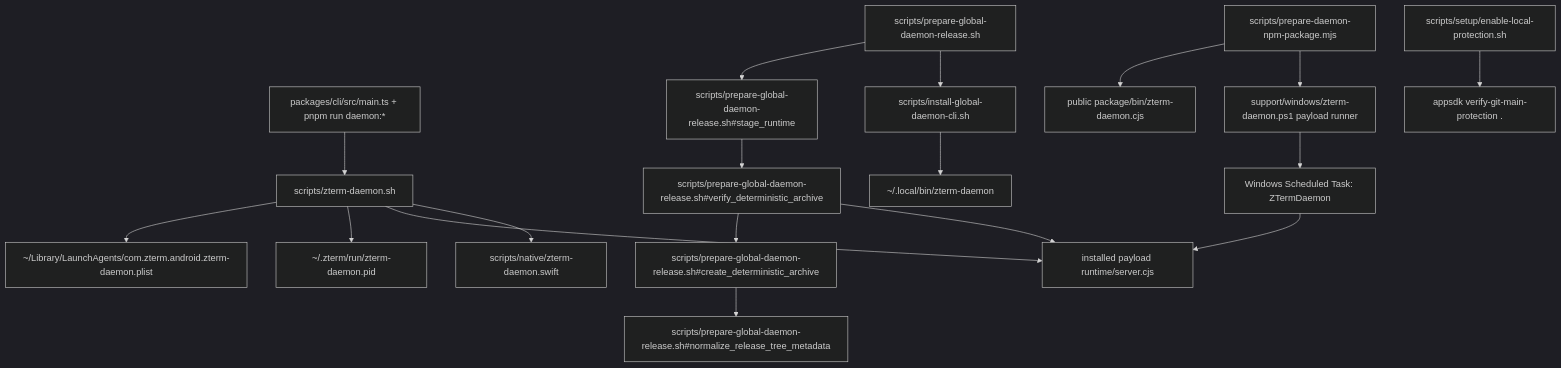
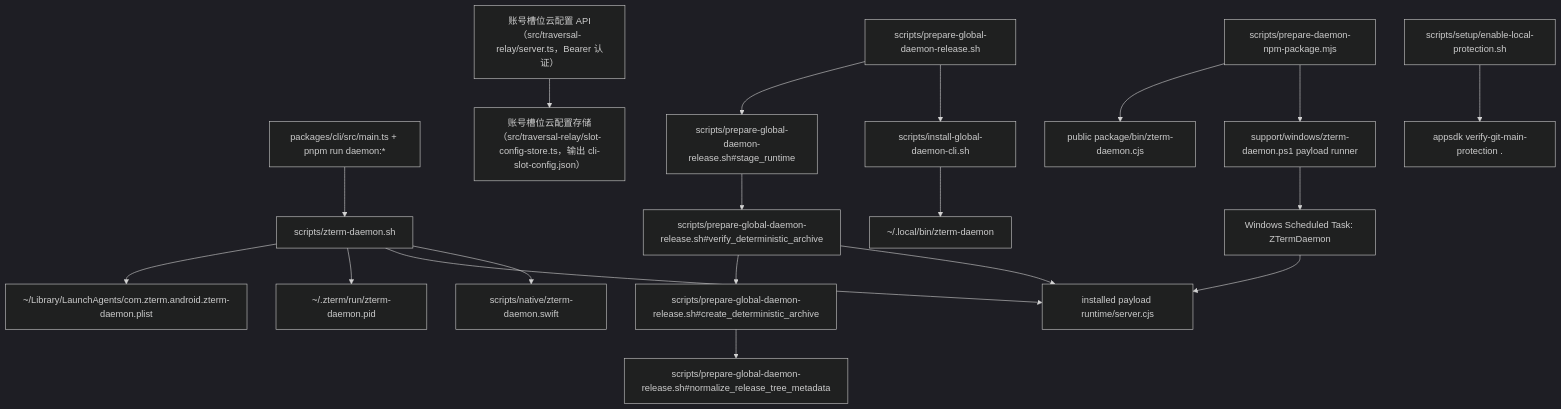
The fourth of 5 diagrams in android/docs/wiki/mainline-source.md (Jasonzhangf/zterm), drawn with Mermaid (dark theme) before and after one commit. The commit also changed other lines of this file and 46 other files, not shown here.

Commit message:
feat(cli): name and sync account slots

````diff
--- a/android/docs/wiki/mainline-source.md
+++ b/android/docs/wiki/mainline-source.md
@@ -362,20 +362,21 @@
 ```mermaid
 flowchart TD
   DevCLI["packages/cli/src/main.ts + pnpm run daemon:*"] --> Shell["scripts/zterm-daemon.sh"]
+  RelayAccountSlotApi["账号槽位云配置 API（src/traversal-relay/server.ts，Bearer 认证）"] --> RelayAccountSlotStore["账号槽位云配置存储（src/traversal-relay/slot-config-store.ts，输出 cli-slot-config.json）"]
   Shell --> Launchd["~/Library/LaunchAgents/com.zterm.android.zterm-daemon.plist"]
   Shell --> Direct["~/.zterm/run/zterm-daemon.pid"]
   Shell --> Runtime["installed payload runtime/server.cjs"]
   Shell --> Native["scripts/native/zterm-daemon.swift"]
   WinShell["support/windows/zterm-daemon.ps1 payload runner"] --> WinTask["Windows Scheduled Task: ZTermDaemon"]
   WinTask --> Runtime
   Release["scripts/prepare-global-daemon-release.sh"] --> DaemonReleaseOut01StageRuntime["scripts/prepare-global-daemon-release.sh#stage_runtime"]
   DaemonReleaseOut01StageRuntime --> DaemonReleaseOut02VerifyDeterminism["scripts/prepare-global-daemon-release.sh#verify_deterministic_archive"]
   DaemonReleaseOut02VerifyDeterminism --> DaemonReleaseOut03ArchiveArtifact["scripts/prepare-global-daemon-release.sh#create_deterministic_archive"]
   DaemonReleaseOut03ArchiveArtifact --> DaemonReleaseOut04NormalizeMetadata["scripts/prepare-global-daemon-release.sh#normalize_release_tree_metadata"]
   DaemonReleaseOut02VerifyDeterminism --> Runtime
   Release --> Install["scripts/install-global-daemon-cli.sh"]
   Install --> GlobalBin["~/.local/bin/zterm-daemon"]
   Npm["scripts/prepare-daemon-npm-package.mjs"] --> PackageBin["public package/bin/zterm-daemon.cjs"]
   Npm --> WinShell
   GitProtectionSetup["scripts/setup/enable-local-protection.sh"] --> GitProtectionVerify["appsdk verify-git-main-protection ."]
 ```
````
